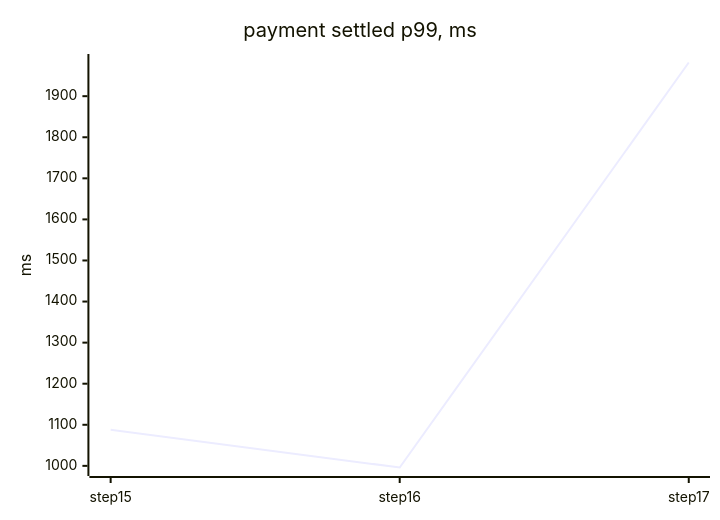
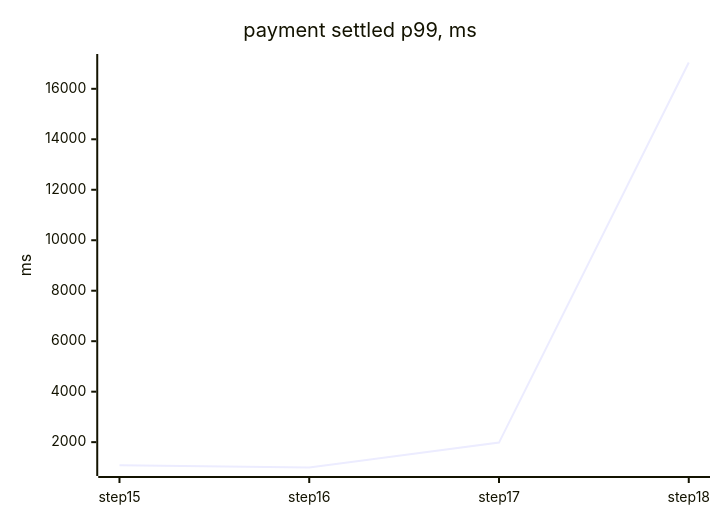
One commit to tanvoid0/ledgerflow changed the fourth of 4 diagrams in docs/perf/README.md. Above: the diagram before and after it, drawn with Mermaid. The commit also changed other lines of this file and 9 other files, not shown here.

````diff
--- a/docs/perf/README.md
+++ b/docs/perf/README.md
@@ -87,7 +90,7 @@
 ```mermaid
 xychart-beta
     title "payment settled p99, ms"
-    x-axis ["step15", "step16", "step17"]
+    x-axis ["step15", "step16", "step17", "step18"]
     y-axis "ms"
-    line [1088, 996, 1982]
+    line [1088, 996, 1982, 17042]
 ```
````
